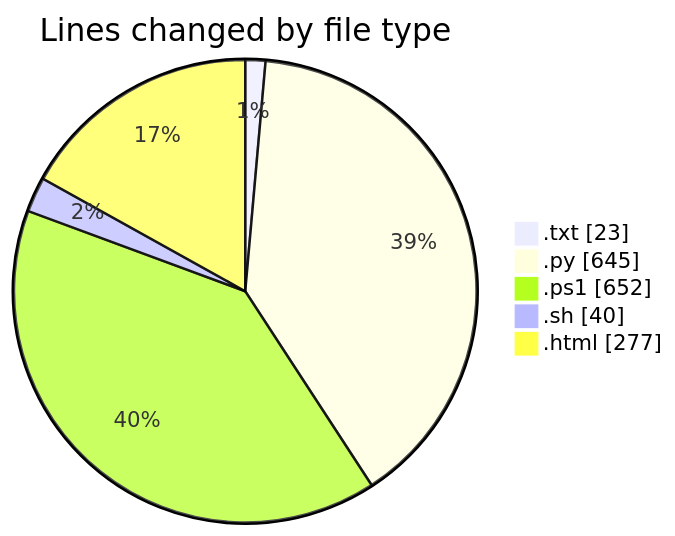
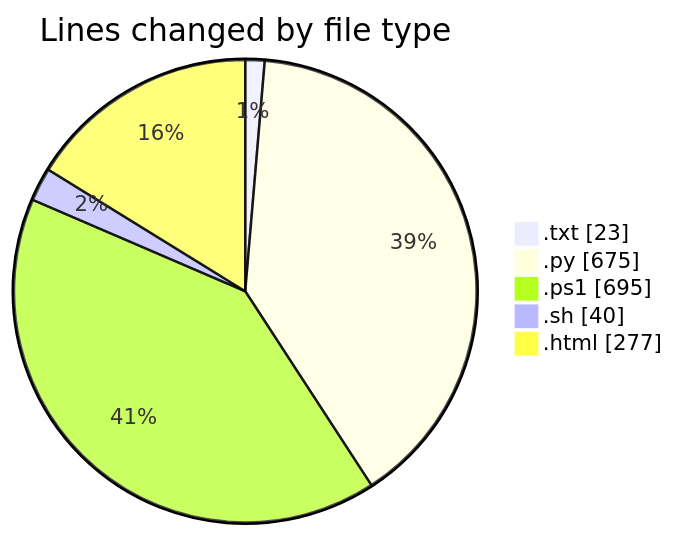
The first of 2 diagrams in 2025-05-16/python_app_deploy/README.md (CELIANVF/code-tracking), drawn with Mermaid before and after one commit. The commit also changed other lines of this file and 1 other file, not shown here.

````diff
--- a/2025-05-16/python_app_deploy/README.md
+++ b/2025-05-16/python_app_deploy/README.md
@@ -30,9 +31,9 @@
 ```mermaid
 pie showData
 title Lines changed by file type
 ".txt" : 23
-".py" : 645
-".ps1" : 652
+".py" : 675
+".ps1" : 695
 ".sh" : 40
 ".html" : 277
 ```
````
